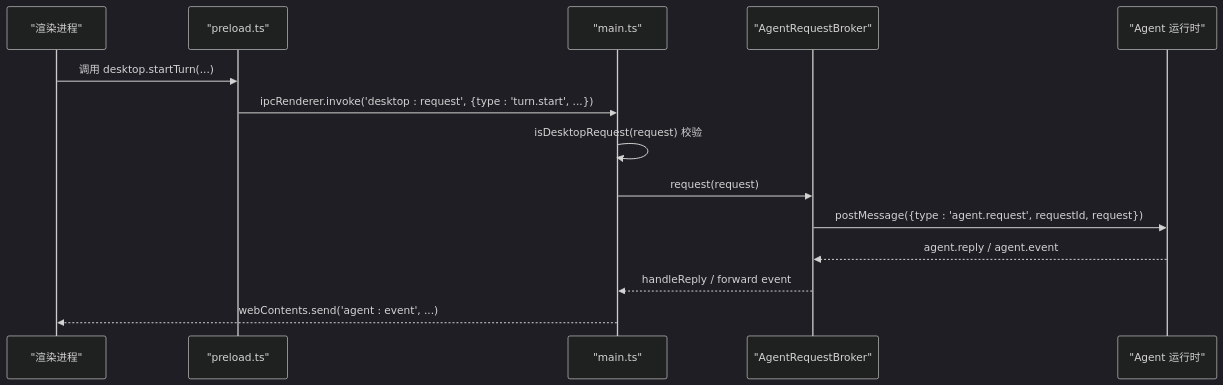
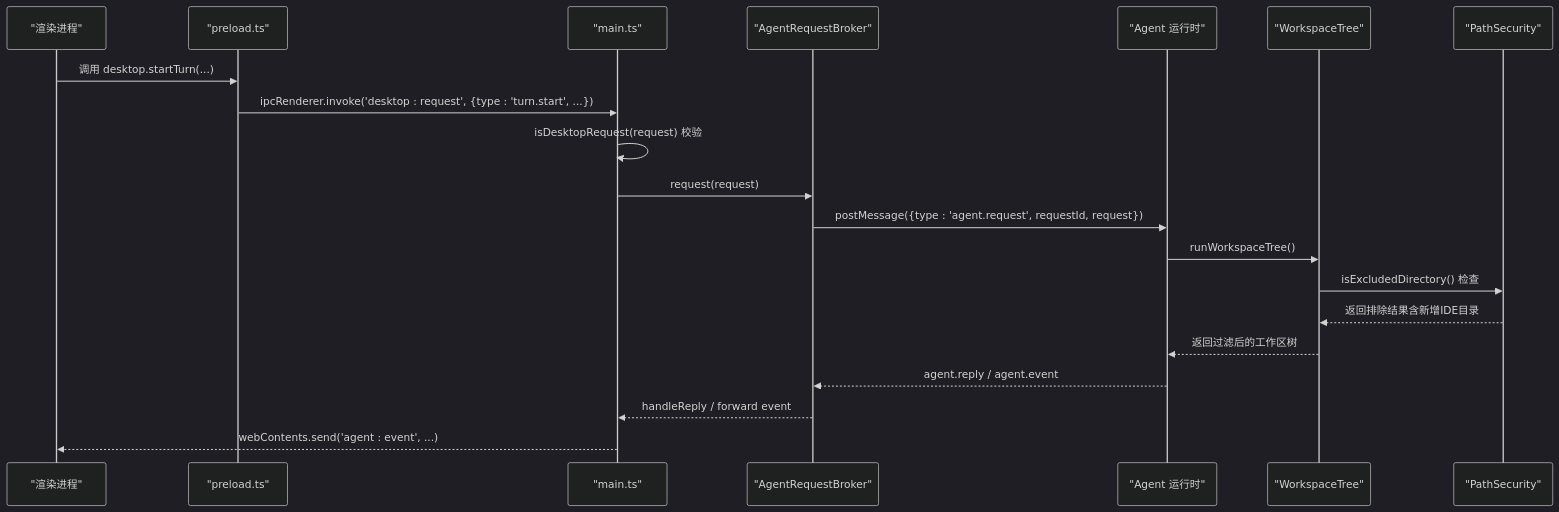
The second of 5 diagrams in .qoder/repowiki/zh/content/架构设计/安全模型/访问控制.md (dyx-9163/ai-aifar), drawn with Mermaid (dark theme) before and after one commit. The commit also changed other lines of this file and 28 other files, not shown here.

````diff
--- a/.qoder/repowiki/zh/content/架构设计/安全模型/访问控制.md
+++ b/.qoder/repowiki/zh/content/架构设计/安全模型/访问控制.md
@@ -86,16 +98,22 @@
 ```mermaid
 sequenceDiagram
 participant UI as "渲染进程"
 participant PL as "preload.ts"
 participant MP as "main.ts"
 participant BR as "AgentRequestBroker"
 participant AG as "Agent 运行时"
+participant WT as "WorkspaceTree"
+participant PS as "PathSecurity"
 UI->>PL : 调用 desktop.startTurn(...)
 PL->>MP : ipcRenderer.invoke('desktop : request', {type : 'turn.start', ...})
 MP->>MP : isDesktopRequest(request) 校验
 MP->>BR : request(request)
 BR->>AG : postMessage({type : 'agent.request', requestId, request})
+AG->>WT : runWorkspaceTree()
+WT->>PS : isExcludedDirectory() 检查
+PS-->>WT : 返回排除结果含新增IDE目录
+WT-->>AG : 返回过滤后的工作区树
 AG-->>BR : agent.reply / agent.event
 BR-->>MP : handleReply / forward event
 MP-->>UI : webContents.send('agent : event', ...)
 ```
````
